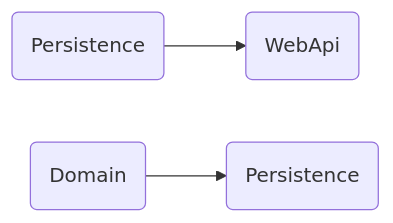
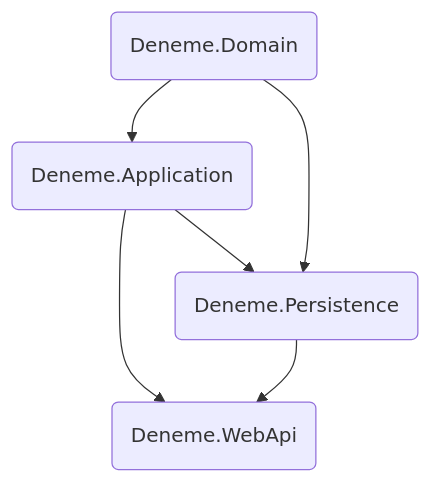
Before and after one commit to f6c5/Notes: the diagram in OnionArchitectureNote.md, drawn with Mermaid. The commit also changed other lines of this file and 1 other file, not shown here.

````diff
--- a/OnionArchitectureNote.md
+++ b/OnionArchitectureNote.md
@@ -241,7 +509,15 @@
 ```mermaid
-flowchart LR
+flowchart
 
-A(Persistence) --> B(WebApi)
+A(Deneme.Domain) --> B(Deneme.Application)
 
-C(Domain) --> D(Persistence)
+B(Deneme.Application) --> C(Deneme.Persistence)
+
+A(Deneme.Domain) --> C(Deneme.Persistence)
+
+
+B(Deneme.Application) --> D(Deneme.WebApi)
+
+C(Deneme.Persistence) --> D(Deneme.WebApi)
+
 ```
````
